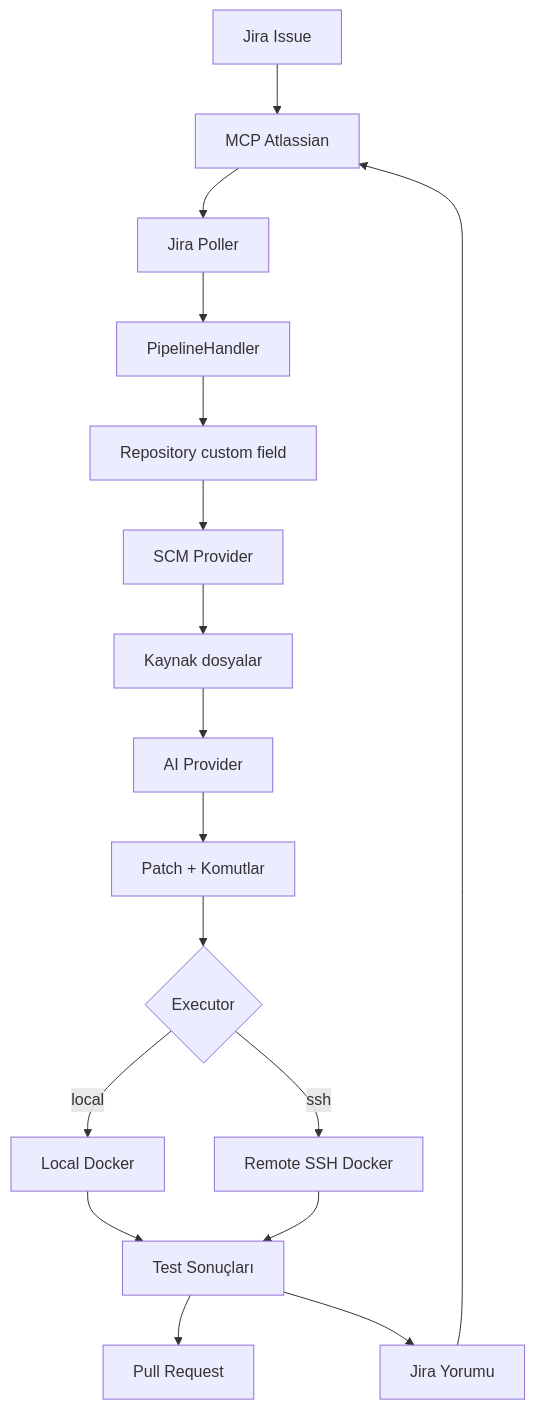
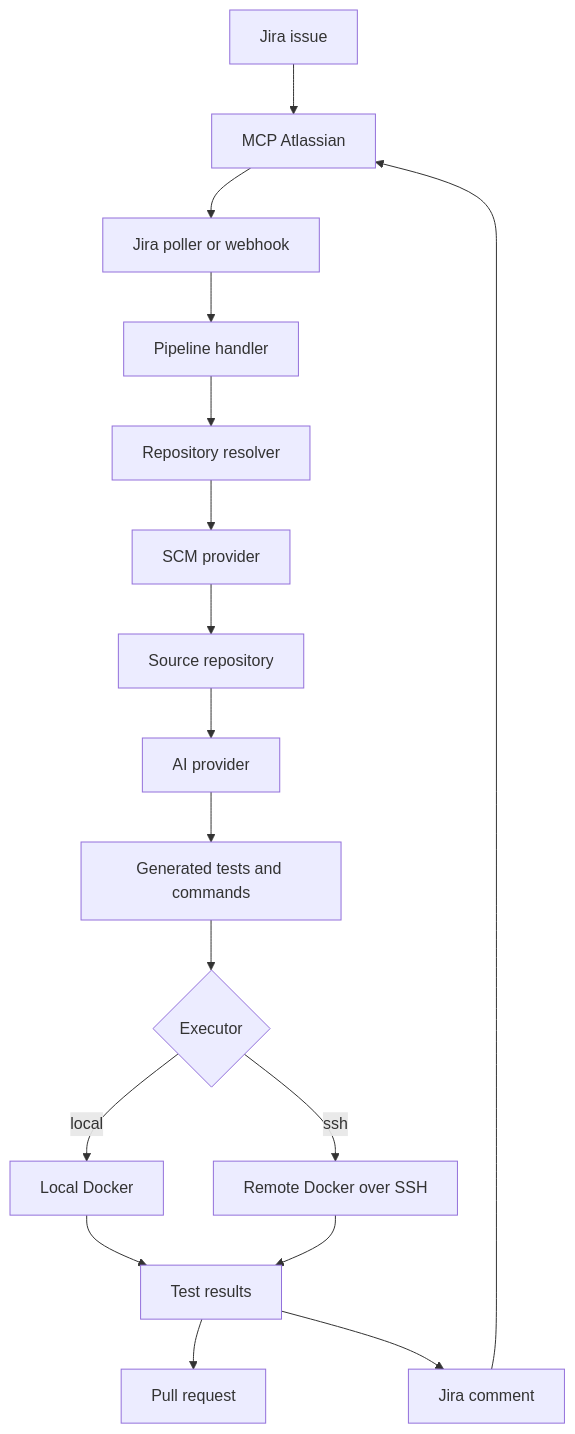
The diagram in README.md (ahmetguness/mcp-jira-automation), drawn with Mermaid before and after one commit. The commit also changed other lines of this file, not shown here.

````diff
--- a/README.md
+++ b/README.md
@@ -12,19 +14,19 @@
 ```mermaid
 graph TD
-    A[Jira Issue] --> B[MCP Atlassian]
-    B --> C[Jira Poller]
-    C --> D[PipelineHandler]
-    D --> E[Repository custom field]
-    E --> F[SCM Provider]
-    F --> G[Kaynak dosyalar]
-    G --> H[AI Provider]
-    H --> I[Patch + Komutlar]
+    A[Jira issue] --> B[MCP Atlassian]
+    B --> C[Jira poller or webhook]
+    C --> D[Pipeline handler]
+    D --> E[Repository resolver]
+    E --> F[SCM provider]
+    F --> G[Source repository]
+    G --> H[AI provider]
+    H --> I[Generated tests and commands]
     I --> J{Executor}
     J -->|local| K[Local Docker]
-    J -->|ssh| L[Remote SSH Docker]
-    K --> M[Test Sonuçları]
+    J -->|ssh| L[Remote Docker over SSH]
+    K --> M[Test results]
     L --> M
-    M --> N[Pull Request]
-    M --> O[Jira Yorumu]
+    M --> N[Pull request]
+    M --> O[Jira comment]
     O --> B
 ```
````
